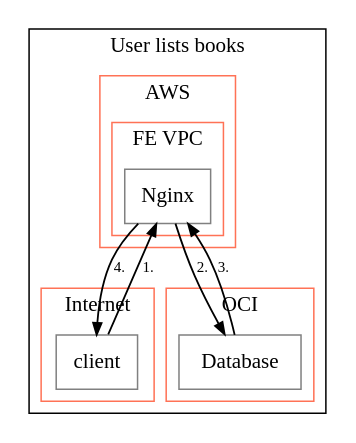
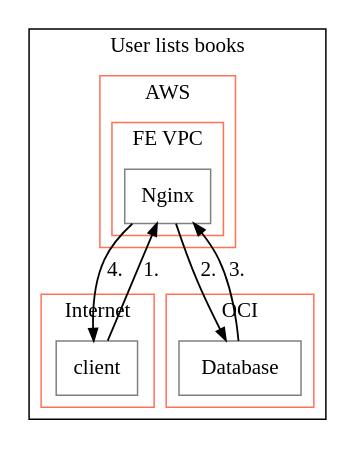
Before and after one commit to hyakuhei/ltm: the diagram in examples/output/User lists books.dot, drawn with Graphviz. The commit also changed 9 other files, not shown here.

```diff
--- a/examples/output/User lists books.dot
+++ b/examples/output/User lists books.dot
@@ -1,30 +1,30 @@
 digraph G {
 compound=true;
     subgraph cluster1 {
     label="User lists books";
     color="Black";
         subgraph cluster2 {
         label="AWS";
         color="Coral1";
             subgraph cluster3 {
             label="FE VPC";
             color="Coral1";
                 node4 [label="Nginx" shape="box", margin="0.1", color="Grey"];
             }
         }
         subgraph cluster5 {
         label="Internet";
         color="Coral1";
             node6 [label="client" shape="box", margin="0.1", color="Grey"];
         }
         subgraph cluster7 {
         label="OCI";
         color="Coral1";
             node8 [label="Database" shape="box", margin="0.1", color="Grey"];
         }
     }
-node6->node4 [label="1." fontsize="10",penwidth="1.2",arrowsize="0.8"];
-node4->node8 [label="2." fontsize="10",penwidth="1.2",arrowsize="0.8"];
-node8->node4 [label="3." fontsize="10",penwidth="1.2",arrowsize="0.8"];
-node4->node6 [label="4." fontsize="10",penwidth="1.2",arrowsize="0.8"];
+node6->node4 [label="1." fontsize="14",penwidth="1.2",arrowsize="0.8"];
+node4->node8 [label="2." fontsize="14",penwidth="1.2",arrowsize="0.8"];
+node8->node4 [label="3." fontsize="14",penwidth="1.2",arrowsize="0.8"];
+node4->node6 [label="4." fontsize="14",penwidth="1.2",arrowsize="0.8"];
 }
```
